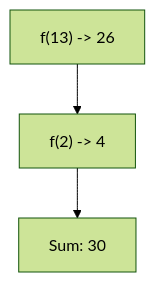
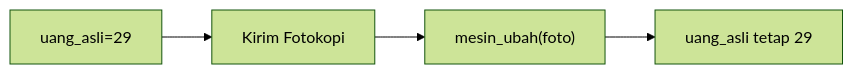
One commit to amnahwaida/OSNK_INF_PREP changed the third of 25 diagrams in part-c-pemahaman-cpp/04-fungsi/latihan/set-11.md. Above: the diagram before and after it, drawn with Mermaid (forest theme). The commit also changed other lines of this file and 71 other files, not shown here.

````diff
--- a/part-c-pemahaman-cpp/04-fungsi/latihan/set-11.md
+++ b/part-c-pemahaman-cpp/04-fungsi/latihan/set-11.md
@@ -75,5 +77,6 @@
 ```mermaid
-graph TD
-A["f(13) -> 26"] --> B["f(2) -> 4"]
-B --> C["Sum: 30"]
+graph LR
+A["uang_asli=29"] --> B["Kirim Fotokopi"]
+B --> C["mesin_ubah(foto)"]
+C --> D["uang_asli tetap 29"]
 ```
````
